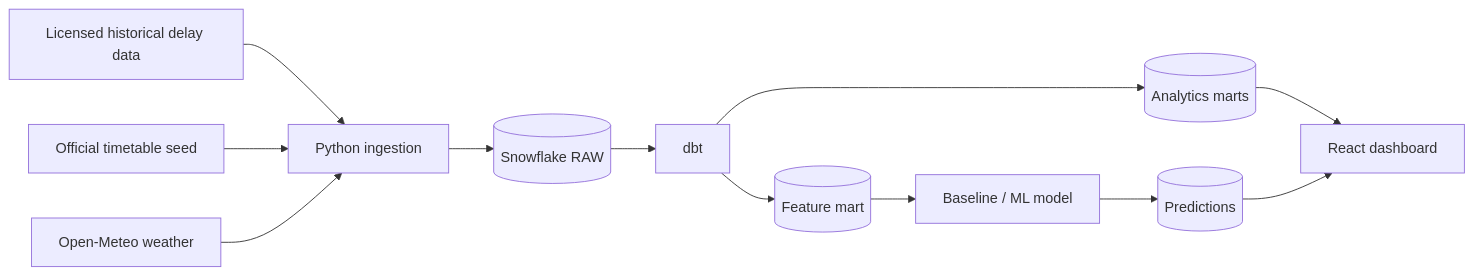
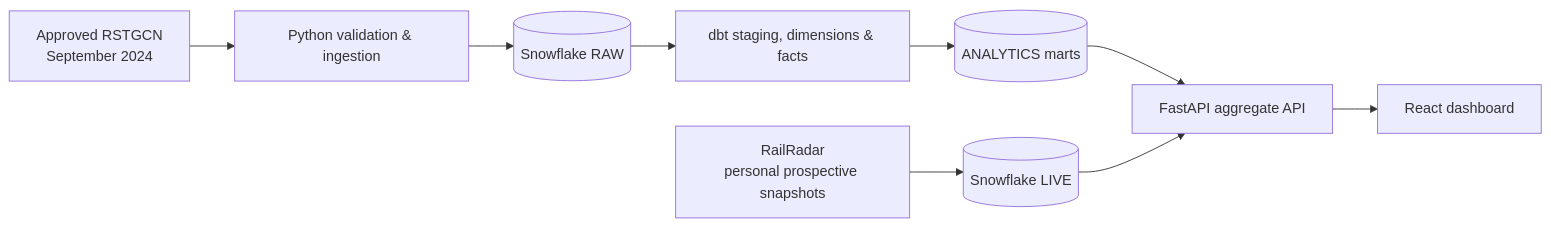
The diagram in README.md (boseaditya1994/indian-railways-analytics-engineering), drawn with Mermaid before and after one commit. The commit also changed other lines of this file, not shown here.

````diff
--- a/README.md
+++ b/README.md
@@ -17,14 +31,11 @@
 ```mermaid
 flowchart LR
-    HIST[Licensed historical delay data] --> PY[Python ingestion]
-    TT[Official timetable seed] --> PY
-    WEATHER[Open-Meteo weather] --> PY
+    RSTGCN[Approved RSTGCN\nSeptember 2024] --> PY[Python validation & ingestion]
+    RR[RailRadar\npersonal prospective snapshots] --> LIVE[(Snowflake LIVE)]
     PY --> RAW[(Snowflake RAW)]
-    RAW --> DBT[dbt]
-    DBT --> MART[(Analytics marts)]
-    DBT --> FEATURES[(Feature mart)]
-    FEATURES --> ML[Baseline / ML model]
-    ML --> PRED[(Predictions)]
-    MART --> BI[React dashboard]
-    PRED --> BI
+    RAW --> DBT[dbt staging, dimensions & facts]
+    DBT --> MART[(ANALYTICS marts)]
+    MART --> API[FastAPI aggregate API]
+    LIVE --> API
+    API --> UI[React dashboard]
 ```
````
